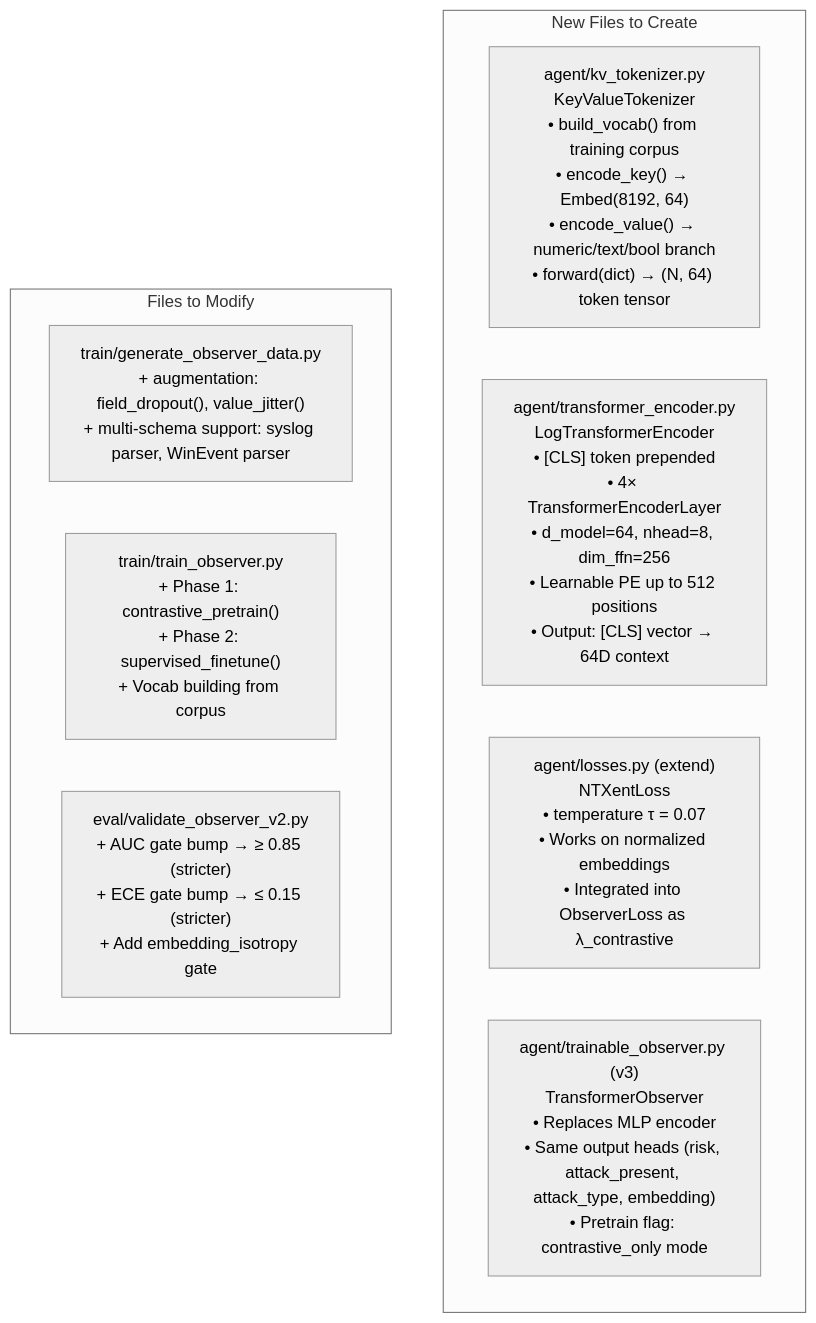
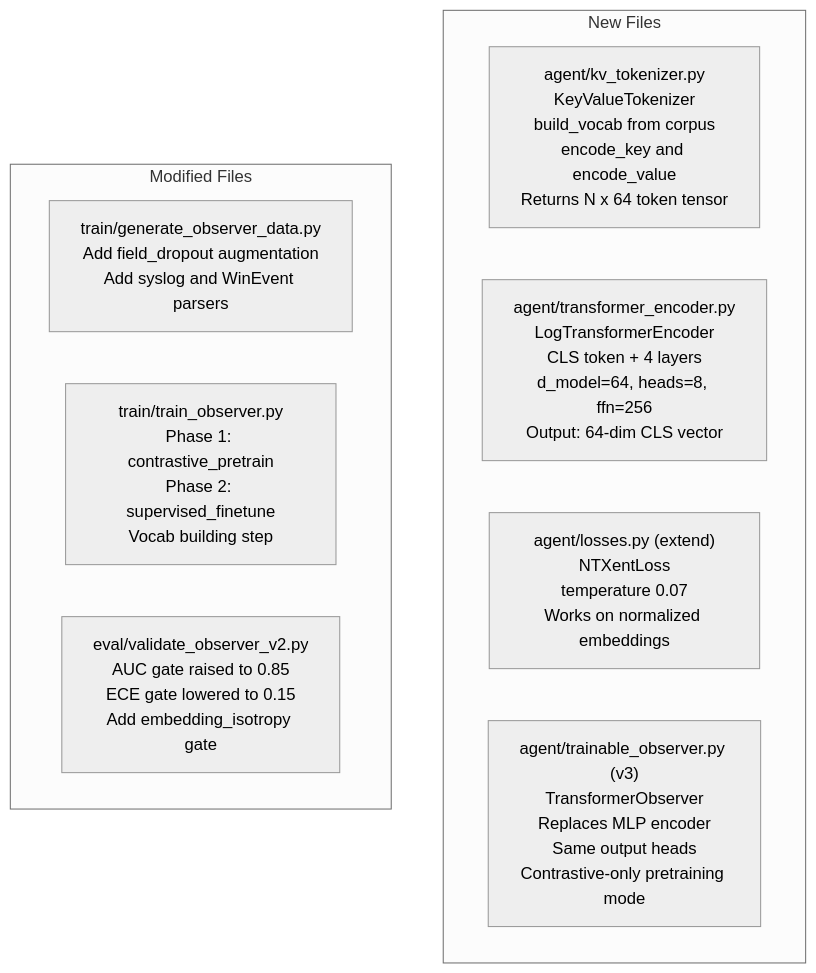
Diagram 14 of 15 in README.md (didi-09/AI_DRIVEN_SOAR), drawn with Mermaid (neutral theme) before and after one commit. The commit also changed other lines of this file, not shown here.

````diff
--- a/README.md
+++ b/README.md
@@ -482,20 +439,20 @@
 ```mermaid
 flowchart TD
-    subgraph NEW["New Files to Create"]
-        KVT["agent/kv_tokenizer.py\nKeyValueTokenizer\n• build_vocab() from training corpus\n• encode_key() → Embed(8192, 64)\n• encode_value() → numeric/text/bool branch\n• forward(dict) → (N, 64) token tensor"]
+    subgraph NEW["New Files"]
+        KVT["agent/kv_tokenizer.py<br/>KeyValueTokenizer<br/>build_vocab from corpus<br/>encode_key and encode_value<br/>Returns N x 64 token tensor"]
 
-        TENC["agent/transformer_encoder.py\nLogTransformerEncoder\n• [CLS] token prepended\n• 4× TransformerEncoderLayer\n• d_model=64, nhead=8, dim_ffn=256\n• Learnable PE up to 512 positions\n• Output: [CLS] vector → 64D context"]
+        TENC["agent/transformer_encoder.py<br/>LogTransformerEncoder<br/>CLS token + 4 layers<br/>d_model=64, heads=8, ffn=256<br/>Output: 64-dim CLS vector"]
 
-        NTXL["agent/losses.py (extend)\nNTXentLoss\n• temperature τ = 0.07\n• Works on normalized embeddings\n• Integrated into ObserverLoss as λ_contrastive"]
+        NTXL["agent/losses.py (extend)<br/>NTXentLoss<br/>temperature 0.07<br/>Works on normalized embeddings"]
 
-        TV3["agent/trainable_observer.py (v3)\nTransformerObserver\n• Replaces MLP encoder\n• Same output heads (risk, attack_present, attack_type, embedding)\n• Pretrain flag: contrastive_only mode"]
+        TV3["agent/trainable_observer.py (v3)<br/>TransformerObserver<br/>Replaces MLP encoder<br/>Same output heads<br/>Contrastive-only pretraining mode"]
     end
 
-    subgraph MODIFY["Files to Modify"]
-        GEN2["train/generate_observer_data.py\n+ augmentation: field_dropout(), value_jitter()\n+ multi-schema support: syslog parser, WinEvent parser"]
+    subgraph MODIFY["Modified Files"]
+        GEN2["train/generate_observer_data.py<br/>Add field_dropout augmentation<br/>Add syslog and WinEvent parsers"]
 
-        TRAIN2["train/train_observer.py\n+ Phase 1: contrastive_pretrain()\n+ Phase 2: supervised_finetune()\n+ Vocab building from corpus"]
+        TRAIN2["train/train_observer.py<br/>Phase 1: contrastive_pretrain<br/>Phase 2: supervised_finetune<br/>Vocab building step"]
 
-        VAL2["eval/validate_observer_v2.py\n+ AUC gate bump → ≥ 0.85 (stricter)\n+ ECE gate bump → ≤ 0.15 (stricter)\n+ Add embedding_isotropy gate"]
+        VAL2["eval/validate_observer_v2.py<br/>AUC gate raised to 0.85<br/>ECE gate lowered to 0.15<br/>Add embedding_isotropy gate"]
     end
 ```
````
